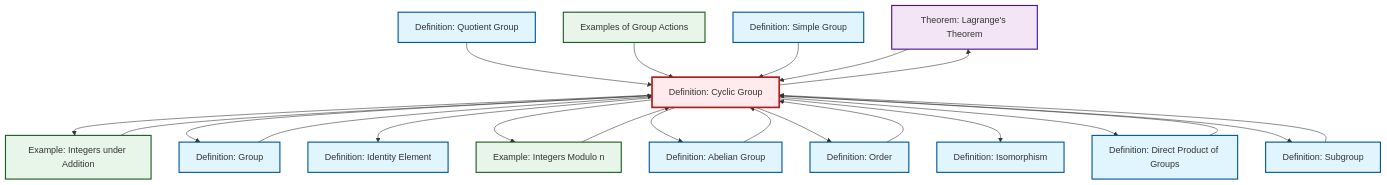
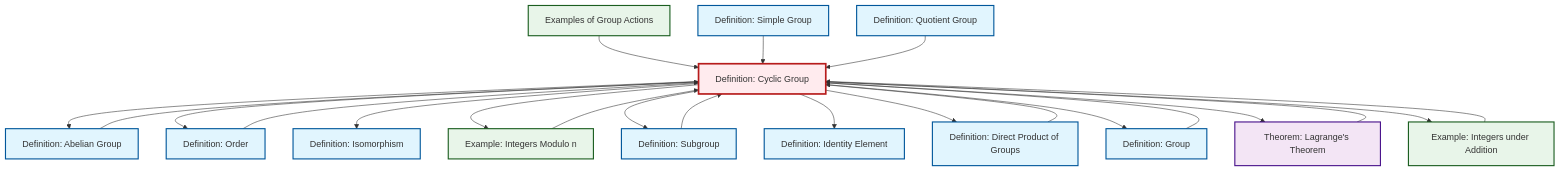
The diagram in content/en/algebra/def-cyclic-group.qmd (RK0429/ModernMath), drawn with Mermaid before and after one commit. The commit also changed other lines of this file and 1012 other files, not shown here.

````diff
--- a/content/en/algebra/def-cyclic-group.qmd
+++ b/content/en/algebra/def-cyclic-group.qmd
@@ -101,58 +101,58 @@
 ```{mermaid}
 %%| fig-cap: "Local dependency graph"
 graph TD
     classDef definition fill:#e1f5fe,stroke:#01579b,stroke-width:2px
     classDef theorem fill:#f3e5f5,stroke:#4a148c,stroke-width:2px
     classDef axiom fill:#fff3e0,stroke:#e65100,stroke-width:2px
     classDef example fill:#e8f5e9,stroke:#1b5e20,stroke-width:2px
     classDef current fill:#ffebee,stroke:#b71c1c,stroke-width:3px
+    def-simple-group["Definition: Simple Group"]:::definition
+    def-identity-element["Definition: Identity Element"]:::definition
+    def-subgroup["Definition: Subgroup"]:::definition
+    def-isomorphism["Definition: Isomorphism"]:::definition
+    def-cyclic-group["Definition: Cyclic Group"]:::definition
+    def-order["Definition: Order"]:::definition
     thm-lagrange["Theorem: Lagrange's Theorem"]:::theorem
-    def-cyclic-group["Definition: Cyclic Group"]:::definition
-    def-isomorphism["Definition: Isomorphism"]:::definition
-    def-order["Definition: Order"]:::definition
+    def-abelian-group["Definition: Abelian Group"]:::definition
+    ex-integers-addition["Example: Integers under Addition"]:::example
+    def-quotient-group["Definition: Quotient Group"]:::definition
+    ex-group-action-examples["Examples of Group Actions"]:::example
     def-direct-product["Definition: Direct Product of Groups"]:::definition
-    def-subgroup["Definition: Subgroup"]:::definition
-    ex-integers-addition["Example: Integers under Addition"]:::example
-    ex-group-action-examples["Examples of Group Actions"]:::example
-    def-identity-element["Definition: Identity Element"]:::definition
-    def-abelian-group["Definition: Abelian Group"]:::definition
+    def-group["Definition: Group"]:::definition
     ex-quotient-integers-mod-n["Example: Integers Modulo n"]:::example
-    def-quotient-group["Definition: Quotient Group"]:::definition
-    def-simple-group["Definition: Simple Group"]:::definition
-    def-group["Definition: Group"]:::definition
+    def-cyclic-group --> def-abelian-group
+    ex-group-action-examples --> def-cyclic-group
+    def-cyclic-group --> def-order
+    def-cyclic-group --> def-isomorphism
+    def-direct-product --> def-cyclic-group
+    ex-quotient-integers-mod-n --> def-cyclic-group
+    def-cyclic-group --> ex-quotient-integers-mod-n
+    ex-integers-addition --> def-cyclic-group
+    thm-lagrange --> def-cyclic-group
+    def-abelian-group --> def-cyclic-group
+    def-simple-group --> def-cyclic-group
+    def-cyclic-group --> def-subgroup
     def-subgroup --> def-cyclic-group
-    def-cyclic-group --> ex-integers-addition
+    def-cyclic-group --> def-identity-element
+    def-quotient-group --> def-cyclic-group
+    def-group --> def-cyclic-group
+    def-cyclic-group --> def-direct-product
     def-cyclic-group --> def-group
     def-cyclic-group --> thm-lagrange
-    def-direct-product --> def-cyclic-group
-    def-cyclic-group --> def-identity-element
-    def-cyclic-group --> ex-quotient-integers-mod-n
-    def-quotient-group --> def-cyclic-group
-    def-cyclic-group --> def-abelian-group
+    def-cyclic-group --> ex-integers-addition
     def-order --> def-cyclic-group
-    def-group --> def-cyclic-group
-    ex-group-action-examples --> def-cyclic-group
-    ex-quotient-integers-mod-n --> def-cyclic-group
-    def-abelian-group --> def-cyclic-group
-    def-cyclic-group --> def-order
-    ex-integers-addition --> def-cyclic-group
-    def-cyclic-group --> def-isomorphism
-    def-simple-group --> def-cyclic-group
-    thm-lagrange --> def-cyclic-group
-    def-cyclic-group --> def-direct-product
-    def-cyclic-group --> def-subgroup
     class def-cyclic-group current
-    click thm-lagrange "thm-lagrange.html" "Go to Lagrange's Theorem theorem"
+    click def-simple-group "def-simple-group.html" "Go to Simple Group definition"
+    click def-identity-element "def-identity-element.html" "Go to Identity Element definition"
+    click def-subgroup "def-subgroup.html" "Go to Subgroup definition"
     click def-isomorphism "def-isomorphism.html" "Go to Isomorphism definition"
     click def-order "def-order.html" "Go to Order definition"
+    click thm-lagrange "thm-lagrange.html" "Go to Lagrange's Theorem theorem"
+    click def-abelian-group "def-abelian-group.html" "Go to Abelian Group definition"
+    click ex-integers-addition "ex-integers-addition.html" "Go to Integers under Addition example"
+    click def-quotient-group "def-quotient-group.html" "Go to Quotient Group definition"
+    click ex-group-action-examples "ex-group-action-examples.html" "Go to Examples of Group Actions"
     click def-direct-product "def-direct-product.html" "Go to Direct Product of Groups definition"
-    click def-subgroup "def-subgroup.html" "Go to Subgroup definition"
-    click ex-integers-addition "ex-integers-addition.html" "Go to Integers under Addition example"
-    click ex-group-action-examples "ex-group-action-examples.html" "Go to Examples of Group Actions"
-    click def-identity-element "def-identity-element.html" "Go to Identity Element definition"
-    click def-abelian-group "def-abelian-group.html" "Go to Abelian Group definition"
+    click def-group "def-group.html" "Go to Group definition"
     click ex-quotient-integers-mod-n "ex-quotient-integers-mod-n.html" "Go to Integers Modulo n example"
-    click def-quotient-group "def-quotient-group.html" "Go to Quotient Group definition"
-    click def-simple-group "def-simple-group.html" "Go to Simple Group definition"
-    click def-group "def-group.html" "Go to Group definition"
 ```
````
